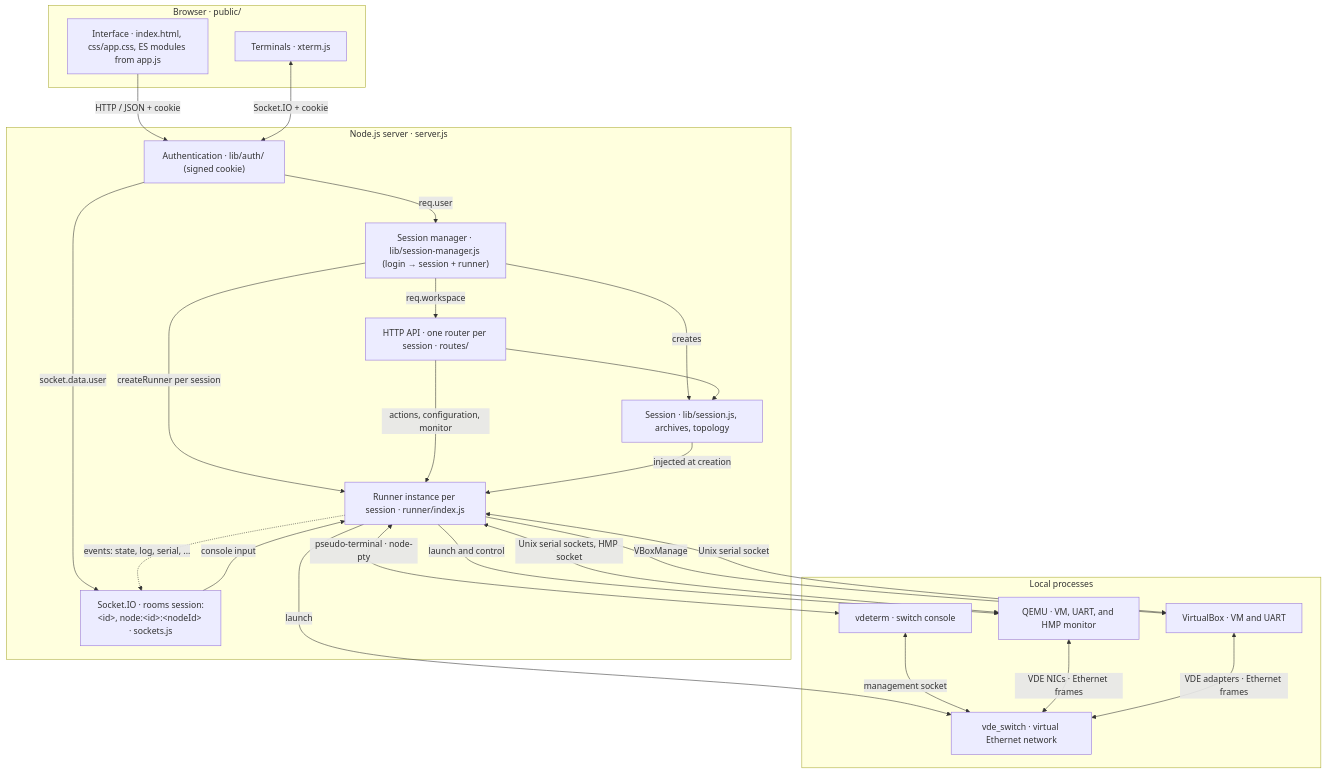
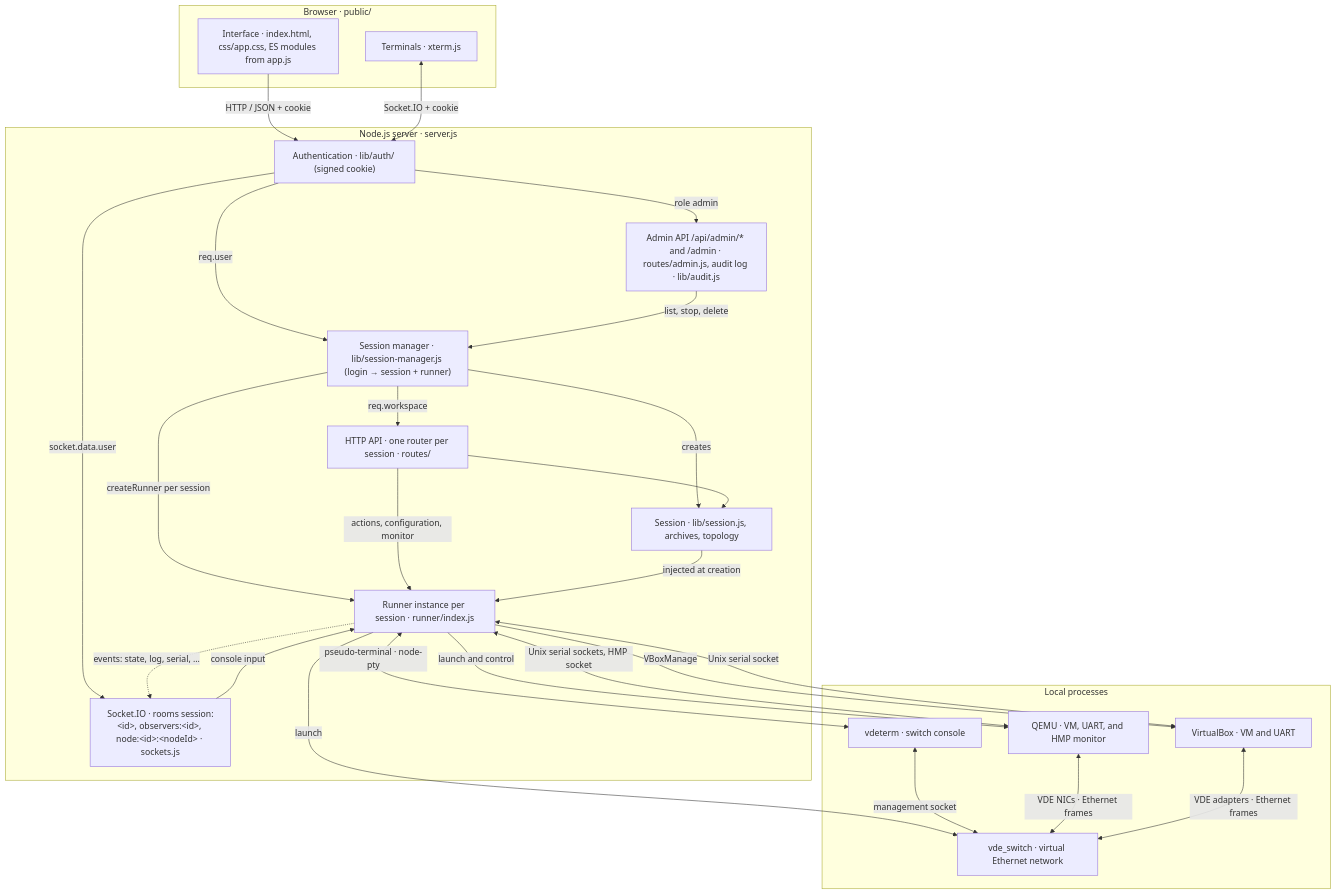
Before and after one commit to orel33/qemuweb: the diagram in docs/architecture.md, drawn with Mermaid. The commit also changed other lines of this file and 5 other files, not shown here.

First line of the commit message:
docs(admin): administration, audit log, architecture and tests

````diff
--- a/docs/architecture.md
+++ b/docs/architecture.md
@@ -17,45 +18,48 @@
 ```mermaid
 flowchart TB
   subgraph Browser["Browser · public/"]
     UI["Interface · index.html, css/app.css, ES modules from app.js"]
     Terminal["Terminals · xterm.js"]
   end
 
   subgraph Server["Node.js server · server.js"]
     Auth["Authentication · lib/auth/ (signed cookie)"]
     Manager["Session manager · lib/session-manager.js (login → session + runner)"]
     Routes["HTTP API · one router per session · routes/"]
-    Sockets["Socket.IO · rooms session:&lt;id&gt;, node:&lt;id&gt;:&lt;nodeId&gt; · sockets.js"]
+    Sockets["Socket.IO · rooms session:&lt;id&gt;, observers:&lt;id&gt;, node:&lt;id&gt;:&lt;nodeId&gt; · sockets.js"]
+    Admin["Admin API /api/admin/* and /admin · routes/admin.js, audit log · lib/audit.js"]
     Session["Session · lib/session.js, archives, topology"]
     Runner["Runner instance per session · runner/index.js"]
   end
 
   subgraph Local["Local processes"]
     QEMU["QEMU · VM, UART, and HMP monitor"]
     VBox["VirtualBox · VM and UART"]
     VDE["vde_switch · virtual Ethernet network"]
     VDeterm["vdeterm · switch console"]
   end
 
   UI -->|"HTTP / JSON + cookie"| Auth
   Terminal <-->|"Socket.IO + cookie"| Auth
   Auth -->|"req.user"| Manager
+  Auth -->|"role admin"| Admin
+  Admin -->|"list, stop, delete"| Manager
   Auth -->|"socket.data.user"| Sockets
   Manager -->|"req.workspace"| Routes
   Manager -->|"creates"| Session
   Manager -->|"createRunner per session"| Runner
   Routes --> Session
   Routes -->|"actions, configuration, monitor"| Runner
   Sockets -->|"console input"| Runner
   Runner -.->|"events: state, log, serial, ..."| Sockets
   Session -->|"injected at creation"| Runner
   Runner -->|"launch and control"| QEMU
   Runner -->|"VBoxManage"| VBox
   Runner -->|"launch"| VDE
   Runner <-->|"Unix serial sockets, HMP socket"| QEMU
   Runner <-->|"Unix serial socket"| VBox
   Runner <-->|"pseudo-terminal · node-pty"| VDeterm
   VDeterm <-->|"management socket"| VDE
   QEMU <-->|"VDE NICs · Ethernet frames"| VDE
   VBox <-->|"VDE adapters · Ethernet frames"| VDE
 ```
````
